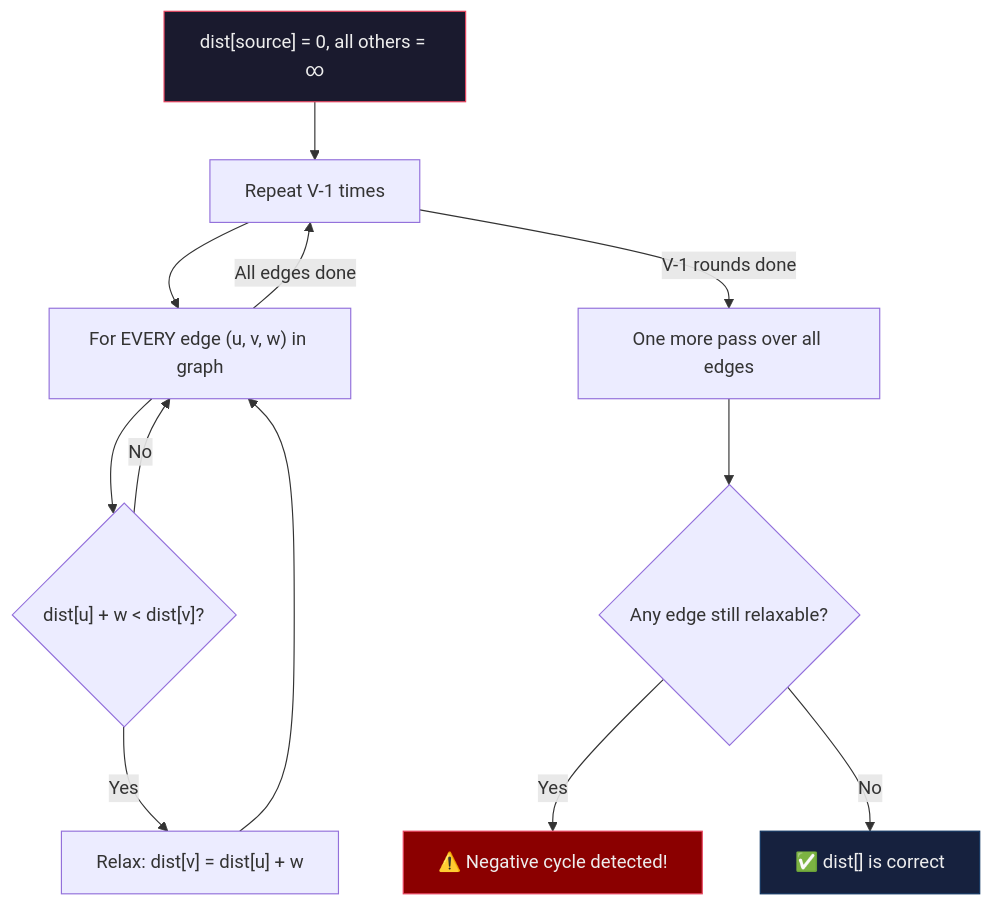
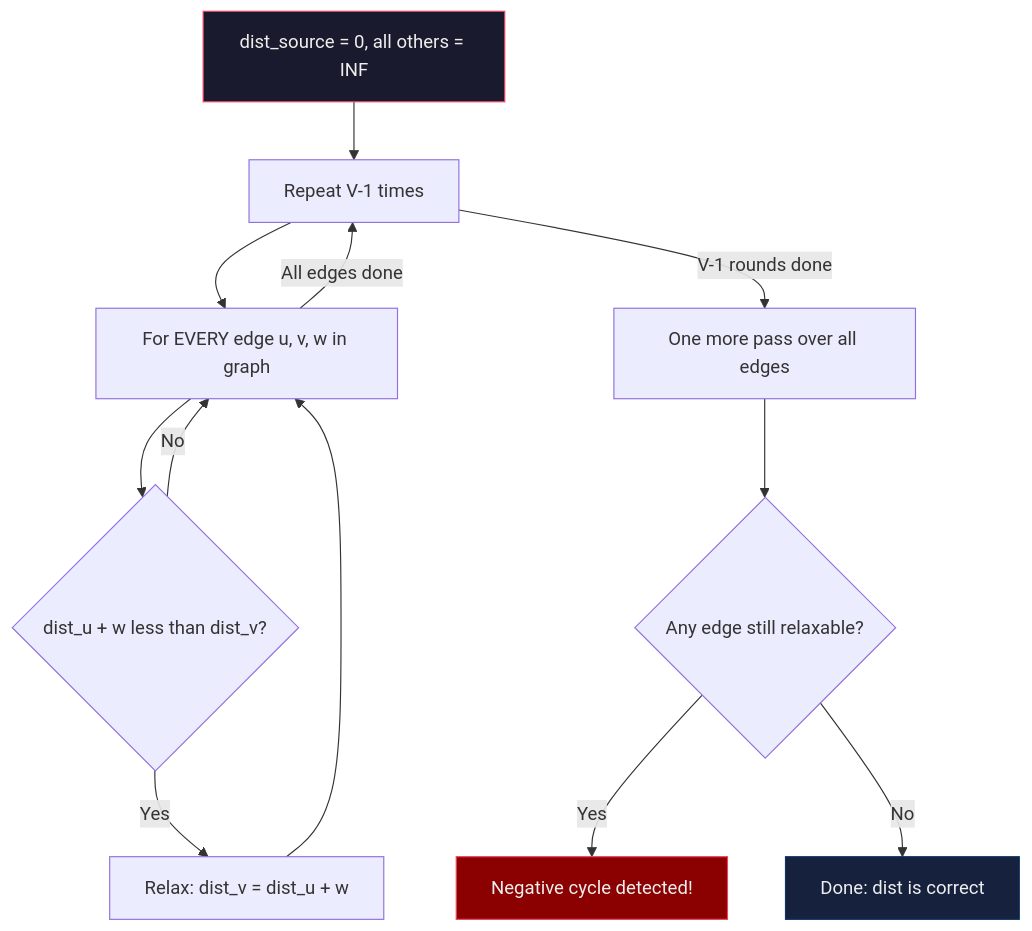
Before and after one commit to istaari/Leetcode: diagram 16 of 17 in notes/Graph.md, drawn with Mermaid. The commit also changed other lines of this file and 12 other files, not shown here.

````diff
--- a/notes/Graph.md
+++ b/notes/Graph.md
@@ -2161,18 +2161,18 @@
 ```mermaid
 graph TD
-    A["dist[source] = 0, all others = ∞"] --> B["Repeat V-1 times"]
-    B --> C["For EVERY edge (u, v, w) in graph"]
-    C --> D{"dist[u] + w < dist[v]?"}
-    D -- "Yes" --> E["Relax: dist[v] = dist[u] + w"]
+    A["dist_source = 0, all others = INF"] --> B["Repeat V-1 times"]
+    B --> C["For EVERY edge u, v, w in graph"]
+    C --> D{"dist_u + w less than dist_v?"}
+    D -- "Yes" --> E["Relax: dist_v = dist_u + w"]
     D -- "No" --> C
     E --> C
     C -- "All edges done" --> B
     B -- "V-1 rounds done" --> F["One more pass over all edges"]
     F --> G{"Any edge still relaxable?"}
-    G -- "Yes" --> H["⚠️ Negative cycle detected!"]
-    G -- "No" --> I["✅ dist[] is correct"]
+    G -- "Yes" --> H["Negative cycle detected!"]
+    G -- "No" --> I["Done: dist is correct"]
 
     style A fill:#1a1a2e,stroke:#e94560,color:#eee
     style H fill:#8b0000,stroke:#e94560,color:#eee
     style I fill:#16213e,stroke:#0f3460,color:#eee
 ```
````
